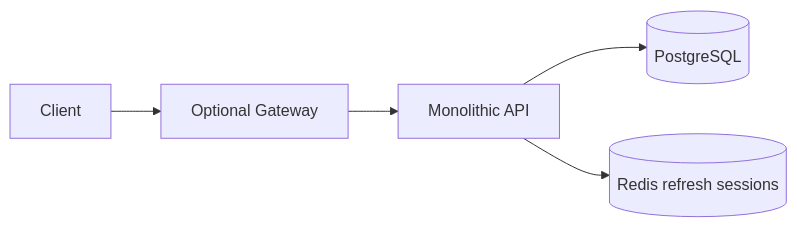
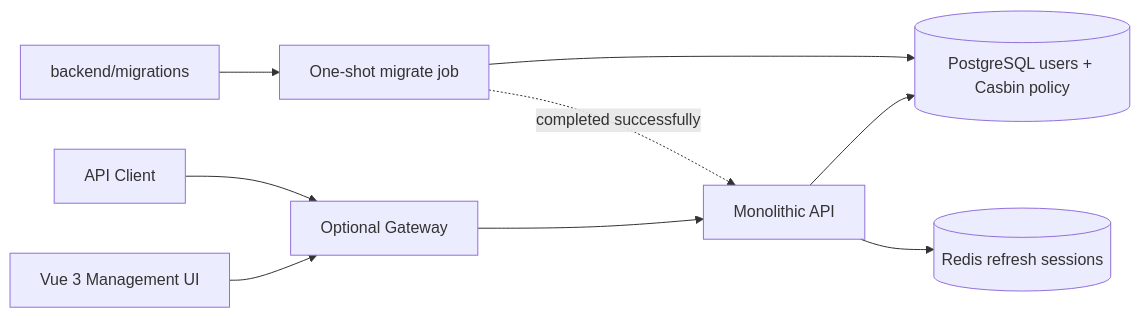
Before and after one commit to DWHuang99/erent: the first of 4 diagrams in ARCHITECTURE.md, drawn with Mermaid. The commit also changed other lines of this file and 54 other files, not shown here.

````diff
--- a/ARCHITECTURE.md
+++ b/ARCHITECTURE.md
@@ -7,7 +7,11 @@
 ```mermaid
 flowchart LR
-    Client[Client] --> Gateway[Optional Gateway]
+    Browser[Vue 3 Management UI] --> Gateway[Optional Gateway]
+    Client[API Client] --> Gateway
     Gateway --> API[Monolithic API]
-    API --> PostgreSQL[(PostgreSQL)]
+    API --> PostgreSQL[(PostgreSQL users + Casbin policy)]
     API --> Redis[(Redis refresh sessions)]
+    Migrations[backend/migrations] --> Migrator[One-shot migrate job]
+    Migrator --> PostgreSQL
+    Migrator -. completed successfully .-> API
 ```
````
